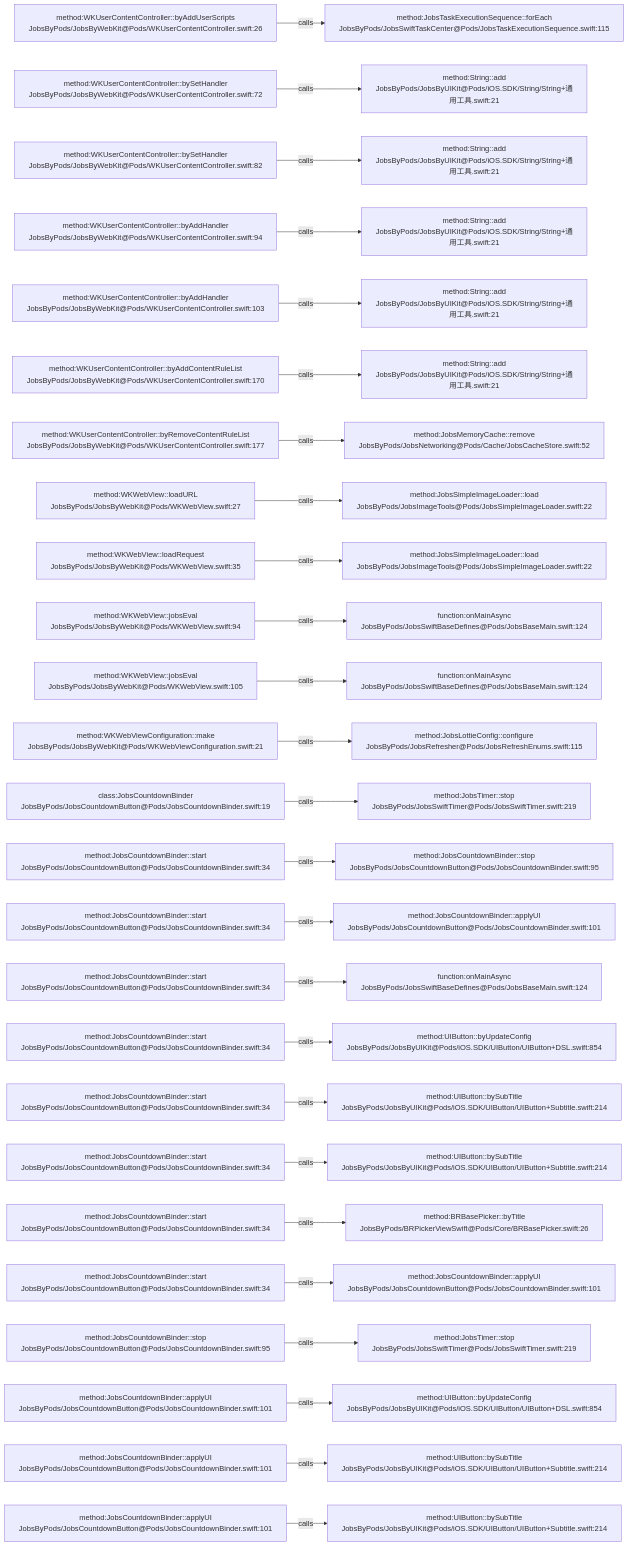
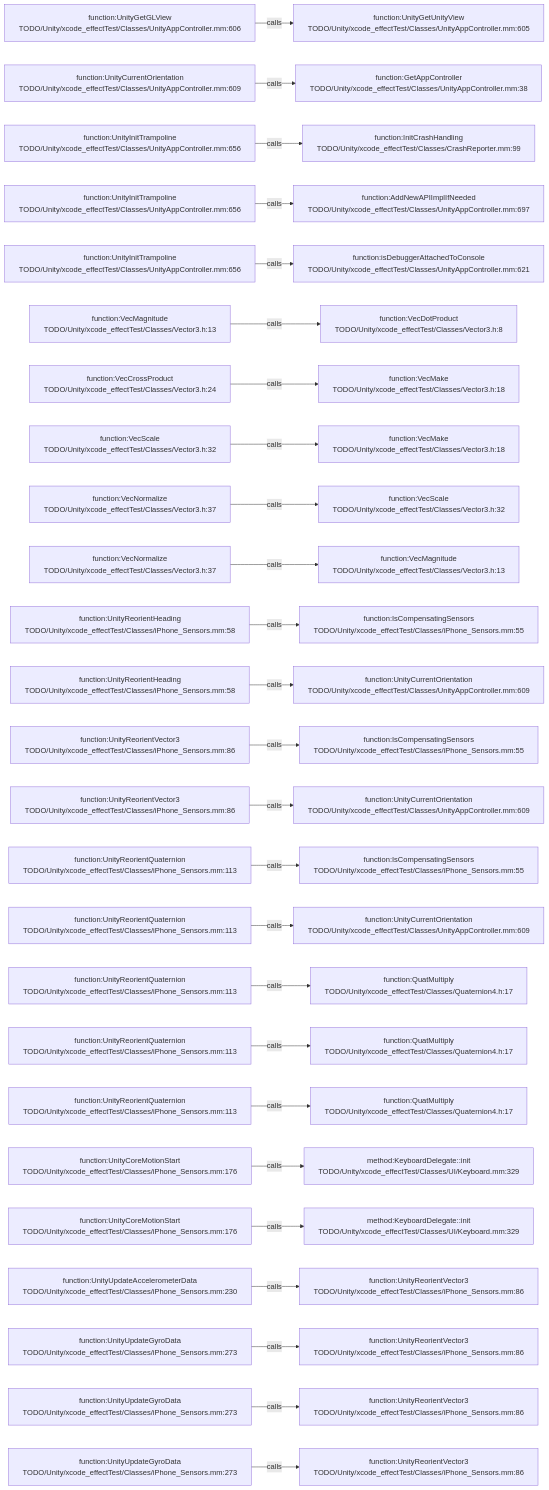
Before and after one commit to JobsKits/JobsSwiftBaseConfigDemo: the diagram in .codegraph/codegraph.md/graphs/calls-117.md, drawn with Mermaid. The commit also changed 569 other files, not shown here.

````diff
--- a/.codegraph/codegraph.md/graphs/calls-117.md
+++ b/.codegraph/codegraph.md/graphs/calls-117.md
@@ -13,78 +13,78 @@
 ```mermaid
 flowchart LR
-  S1["method:WKUserContentController::byAddUserScripts<br/>JobsByPods/JobsByWebKit@Pods/WKUserContentController.swift:26"]
-  T1["method:JobsTaskExecutionSequence::forEach<br/>JobsByPods/JobsSwiftTaskCenter@Pods/JobsTaskExecutionSequence.swift:115"]
+  S1["function:UnityGetGLView<br/>TODO/Unity/xcode_effectTest/Classes/UnityAppController.mm:606"]
+  T1["function:UnityGetUnityView<br/>TODO/Unity/xcode_effectTest/Classes/UnityAppController.mm:605"]
   S1 -->|calls| T1
-  S2["method:WKUserContentController::bySetHandler<br/>JobsByPods/JobsByWebKit@Pods/WKUserContentController.swift:72"]
-  T2["method:String::add<br/>JobsByPods/JobsByUIKit@Pods/iOS.SDK/String/String+通用工具.swift:21"]
+  S2["function:UnityCurrentOrientation<br/>TODO/Unity/xcode_effectTest/Classes/UnityAppController.mm:609"]
+  T2["function:GetAppController<br/>TODO/Unity/xcode_effectTest/Classes/UnityAppController.mm:38"]
   S2 -->|calls| T2
-  S3["method:WKUserContentController::bySetHandler<br/>JobsByPods/JobsByWebKit@Pods/WKUserContentController.swift:82"]
-  T3["method:String::add<br/>JobsByPods/JobsByUIKit@Pods/iOS.SDK/String/String+通用工具.swift:21"]
+  S3["function:UnityInitTrampoline<br/>TODO/Unity/xcode_effectTest/Classes/UnityAppController.mm:656"]
+  T3["function:InitCrashHandling<br/>TODO/Unity/xcode_effectTest/Classes/CrashReporter.mm:99"]
   S3 -->|calls| T3
-  S4["method:WKUserContentController::byAddHandler<br/>JobsByPods/JobsByWebKit@Pods/WKUserContentController.swift:94"]
-  T4["method:String::add<br/>JobsByPods/JobsByUIKit@Pods/iOS.SDK/String/String+通用工具.swift:21"]
+  S4["function:UnityInitTrampoline<br/>TODO/Unity/xcode_effectTest/Classes/UnityAppController.mm:656"]
+  T4["function:AddNewAPIImplIfNeeded<br/>TODO/Unity/xcode_effectTest/Classes/UnityAppController.mm:697"]
   S4 -->|calls| T4
-  S5["method:WKUserContentController::byAddHandler<br/>JobsByPods/JobsByWebKit@Pods/WKUserContentController.swift:103"]
-  T5["method:String::add<br/>JobsByPods/JobsByUIKit@Pods/iOS.SDK/String/String+通用工具.swift:21"]
+  S5["function:UnityInitTrampoline<br/>TODO/Unity/xcode_effectTest/Classes/UnityAppController.mm:656"]
+  T5["function:isDebuggerAttachedToConsole<br/>TODO/Unity/xcode_effectTest/Classes/UnityAppController.mm:621"]
   S5 -->|calls| T5
-  S6["method:WKUserContentController::byAddContentRuleList<br/>JobsByPods/JobsByWebKit@Pods/WKUserContentController.swift:170"]
-  T6["method:String::add<br/>JobsByPods/JobsByUIKit@Pods/iOS.SDK/String/String+通用工具.swift:21"]
+  S6["function:VecMagnitude<br/>TODO/Unity/xcode_effectTest/Classes/Vector3.h:13"]
+  T6["function:VecDotProduct<br/>TODO/Unity/xcode_effectTest/Classes/Vector3.h:8"]
   S6 -->|calls| T6
-  S7["method:WKUserContentController::byRemoveContentRuleList<br/>JobsByPods/JobsByWebKit@Pods/WKUserContentController.swift:177"]
-  T7["method:JobsMemoryCache::remove<br/>JobsByPods/JobsNetworking@Pods/Cache/JobsCacheStore.swift:52"]
+  S7["function:VecCrossProduct<br/>TODO/Unity/xcode_effectTest/Classes/Vector3.h:24"]
+  T7["function:VecMake<br/>TODO/Unity/xcode_effectTest/Classes/Vector3.h:18"]
   S7 -->|calls| T7
-  S8["method:WKWebView::loadURL<br/>JobsByPods/JobsByWebKit@Pods/WKWebView.swift:27"]
-  T8["method:JobsSimpleImageLoader::load<br/>JobsByPods/JobsImageTools@Pods/JobsSimpleImageLoader.swift:22"]
+  S8["function:VecScale<br/>TODO/Unity/xcode_effectTest/Classes/Vector3.h:32"]
+  T8["function:VecMake<br/>TODO/Unity/xcode_effectTest/Classes/Vector3.h:18"]
   S8 -->|calls| T8
-  S9["method:WKWebView::loadRequest<br/>JobsByPods/JobsByWebKit@Pods/WKWebView.swift:35"]
-  T9["method:JobsSimpleImageLoader::load<br/>JobsByPods/JobsImageTools@Pods/JobsSimpleImageLoader.swift:22"]
+  S9["function:VecNormalize<br/>TODO/Unity/xcode_effectTest/Classes/Vector3.h:37"]
+  T9["function:VecScale<br/>TODO/Unity/xcode_effectTest/Classes/Vector3.h:32"]
   S9 -->|calls| T9
-  S10["method:WKWebView::jobsEval<br/>JobsByPods/JobsByWebKit@Pods/WKWebView.swift:94"]
-  T10["function:onMainAsync<br/>JobsByPods/JobsSwiftBaseDefines@Pods/JobsBaseMain.swift:124"]
+  S10["function:VecNormalize<br/>TODO/Unity/xcode_effectTest/Classes/Vector3.h:37"]
+  T10["function:VecMagnitude<br/>TODO/Unity/xcode_effectTest/Classes/Vector3.h:13"]
   S10 -->|calls| T10
-  S11["method:WKWebView::jobsEval<br/>JobsByPods/JobsByWebKit@Pods/WKWebView.swift:105"]
-  T11["function:onMainAsync<br/>JobsByPods/JobsSwiftBaseDefines@Pods/JobsBaseMain.swift:124"]
+  S11["function:UnityReorientHeading<br/>TODO/Unity/xcode_effectTest/Classes/iPhone_Sensors.mm:58"]
+  T11["function:IsCompensatingSensors<br/>TODO/Unity/xcode_effectTest/Classes/iPhone_Sensors.mm:55"]
   S11 -->|calls| T11
-  S12["method:WKWebViewConfiguration::make<br/>JobsByPods/JobsByWebKit@Pods/WKWebViewConfiguration.swift:21"]
-  T12["method:JobsLottieConfig::configure<br/>JobsByPods/JobsRefresher@Pods/JobsRefreshEnums.swift:115"]
+  S12["function:UnityReorientHeading<br/>TODO/Unity/xcode_effectTest/Classes/iPhone_Sensors.mm:58"]
+  T12["function:UnityCurrentOrientation<br/>TODO/Unity/xcode_effectTest/Classes/UnityAppController.mm:609"]
   S12 -->|calls| T12
-  S13["class:JobsCountdownBinder<br/>JobsByPods/JobsCountdownButton@Pods/JobsCountdownBinder.swift:19"]
-  T13["method:JobsTimer::stop<br/>JobsByPods/JobsSwiftTimer@Pods/JobsSwiftTimer.swift:219"]
+  S13["function:UnityReorientVector3<br/>TODO/Unity/xcode_effectTest/Classes/iPhone_Sensors.mm:86"]
+  T13["function:IsCompensatingSensors<br/>TODO/Unity/xcode_effectTest/Classes/iPhone_Sensors.mm:55"]
   S13 -->|calls| T13
-  S14["method:JobsCountdownBinder::start<br/>JobsByPods/JobsCountdownButton@Pods/JobsCountdownBinder.swift:34"]
-  T14["method:JobsCountdownBinder::stop<br/>JobsByPods/JobsCountdownButton@Pods/JobsCountdownBinder.swift:95"]
+  S14["function:UnityReorientVector3<br/>TODO/Unity/xcode_effectTest/Classes/iPhone_Sensors.mm:86"]
+  T14["function:UnityCurrentOrientation<br/>TODO/Unity/xcode_effectTest/Classes/UnityAppController.mm:609"]
   S14 -->|calls| T14
-  S15["method:JobsCountdownBinder::start<br/>JobsByPods/JobsCountdownButton@Pods/JobsCountdownBinder.swift:34"]
-  T15["method:JobsCountdownBinder::applyUI<br/>JobsByPods/JobsCountdownButton@Pods/JobsCountdownBinder.swift:101"]
+  S15["function:UnityReorientQuaternion<br/>TODO/Unity/xcode_effectTest/Classes/iPhone_Sensors.mm:113"]
+  T15["function:IsCompensatingSensors<br/>TODO/Unity/xcode_effectTest/Classes/iPhone_Sensors.mm:55"]
   S15 -->|calls| T15
-  S16["method:JobsCountdownBinder::start<br/>JobsByPods/JobsCountdownButton@Pods/JobsCountdownBinder.swift:34"]
-  T16["function:onMainAsync<br/>JobsByPods/JobsSwiftBaseDefines@Pods/JobsBaseMain.swift:124"]
+  S16["function:UnityReorientQuaternion<br/>TODO/Unity/xcode_effectTest/Classes/iPhone_Sensors.mm:113"]
+  T16["function:UnityCurrentOrientation<br/>TODO/Unity/xcode_effectTest/Classes/UnityAppController.mm:609"]
   S16 -->|calls| T16
-  S17["method:JobsCountdownBinder::start<br/>JobsByPods/JobsCountdownButton@Pods/JobsCountdownBinder.swift:34"]
-  T17["method:UIButton::byUpdateConfig<br/>JobsByPods/JobsByUIKit@Pods/iOS.SDK/UIButton/UIButton+DSL.swift:854"]
+  S17["function:UnityReorientQuaternion<br/>TODO/Unity/xcode_effectTest/Classes/iPhone_Sensors.mm:113"]
+  T17["function:QuatMultiply<br/>TODO/Unity/xcode_effectTest/Classes/Quaternion4.h:17"]
   S17 -->|calls| T17
-  S18["method:JobsCountdownBinder::start<br/>JobsByPods/JobsCountdownButton@Pods/JobsCountdownBinder.swift:34"]
-  T18["method:UIButton::bySubTitle<br/>JobsByPods/JobsByUIKit@Pods/iOS.SDK/UIButton/UIButton+Subtitle.swift:214"]
+  S18["function:UnityReorientQuaternion<br/>TODO/Unity/xcode_effectTest/Classes/iPhone_Sensors.mm:113"]
+  T18["function:QuatMultiply<br/>TODO/Unity/xcode_effectTest/Classes/Quaternion4.h:17"]
   S18 -->|calls| T18
-  S19["method:JobsCountdownBinder::start<br/>JobsByPods/JobsCountdownButton@Pods/JobsCountdownBinder.swift:34"]
-  T19["method:UIButton::bySubTitle<br/>JobsByPods/JobsByUIKit@Pods/iOS.SDK/UIButton/UIButton+Subtitle.swift:214"]
+  S19["function:UnityReorientQuaternion<br/>TODO/Unity/xcode_effectTest/Classes/iPhone_Sensors.mm:113"]
+  T19["function:QuatMultiply<br/>TODO/Unity/xcode_effectTest/Classes/Quaternion4.h:17"]
   S19 -->|calls| T19
-  S20["method:JobsCountdownBinder::start<br/>JobsByPods/JobsCountdownButton@Pods/JobsCountdownBinder.swift:34"]
-  T20["method:BRBasePicker::byTitle<br/>JobsByPods/BRPickerViewSwift@Pods/Core/BRBasePicker.swift:26"]
+  S20["function:UnityCoreMotionStart<br/>TODO/Unity/xcode_effectTest/Classes/iPhone_Sensors.mm:176"]
+  T20["method:KeyboardDelegate::init<br/>TODO/Unity/xcode_effectTest/Classes/UI/Keyboard.mm:329"]
   S20 -->|calls| T20
-  S21["method:JobsCountdownBinder::start<br/>JobsByPods/JobsCountdownButton@Pods/JobsCountdownBinder.swift:34"]
-  T21["method:JobsCountdownBinder::applyUI<br/>JobsByPods/JobsCountdownButton@Pods/JobsCountdownBinder.swift:101"]
+  S21["function:UnityCoreMotionStart<br/>TODO/Unity/xcode_effectTest/Classes/iPhone_Sensors.mm:176"]
+  T21["method:KeyboardDelegate::init<br/>TODO/Unity/xcode_effectTest/Classes/UI/Keyboard.mm:329"]
   S21 -->|calls| T21
-  S22["method:JobsCountdownBinder::stop<br/>JobsByPods/JobsCountdownButton@Pods/JobsCountdownBinder.swift:95"]
-  T22["method:JobsTimer::stop<br/>JobsByPods/JobsSwiftTimer@Pods/JobsSwiftTimer.swift:219"]
+  S22["function:UnityUpdateAccelerometerData<br/>TODO/Unity/xcode_effectTest/Classes/iPhone_Sensors.mm:230"]
+  T22["function:UnityReorientVector3<br/>TODO/Unity/xcode_effectTest/Classes/iPhone_Sensors.mm:86"]
   S22 -->|calls| T22
-  S23["method:JobsCountdownBinder::applyUI<br/>JobsByPods/JobsCountdownButton@Pods/JobsCountdownBinder.swift:101"]
-  T23["method:UIButton::byUpdateConfig<br/>JobsByPods/JobsByUIKit@Pods/iOS.SDK/UIButton/UIButton+DSL.swift:854"]
+  S23["function:UnityUpdateGyroData<br/>TODO/Unity/xcode_effectTest/Classes/iPhone_Sensors.mm:273"]
+  T23["function:UnityReorientVector3<br/>TODO/Unity/xcode_effectTest/Classes/iPhone_Sensors.mm:86"]
   S23 -->|calls| T23
-  S24["method:JobsCountdownBinder::applyUI<br/>JobsByPods/JobsCountdownButton@Pods/JobsCountdownBinder.swift:101"]
-  T24["method:UIButton::bySubTitle<br/>JobsByPods/JobsByUIKit@Pods/iOS.SDK/UIButton/UIButton+Subtitle.swift:214"]
+  S24["function:UnityUpdateGyroData<br/>TODO/Unity/xcode_effectTest/Classes/iPhone_Sensors.mm:273"]
+  T24["function:UnityReorientVector3<br/>TODO/Unity/xcode_effectTest/Classes/iPhone_Sensors.mm:86"]
   S24 -->|calls| T24
-  S25["method:JobsCountdownBinder::applyUI<br/>JobsByPods/JobsCountdownButton@Pods/JobsCountdownBinder.swift:101"]
-  T25["method:UIButton::bySubTitle<br/>JobsByPods/JobsByUIKit@Pods/iOS.SDK/UIButton/UIButton+Subtitle.swift:214"]
+  S25["function:UnityUpdateGyroData<br/>TODO/Unity/xcode_effectTest/Classes/iPhone_Sensors.mm:273"]
+  T25["function:UnityReorientVector3<br/>TODO/Unity/xcode_effectTest/Classes/iPhone_Sensors.mm:86"]
   S25 -->|calls| T25
 ```
````
